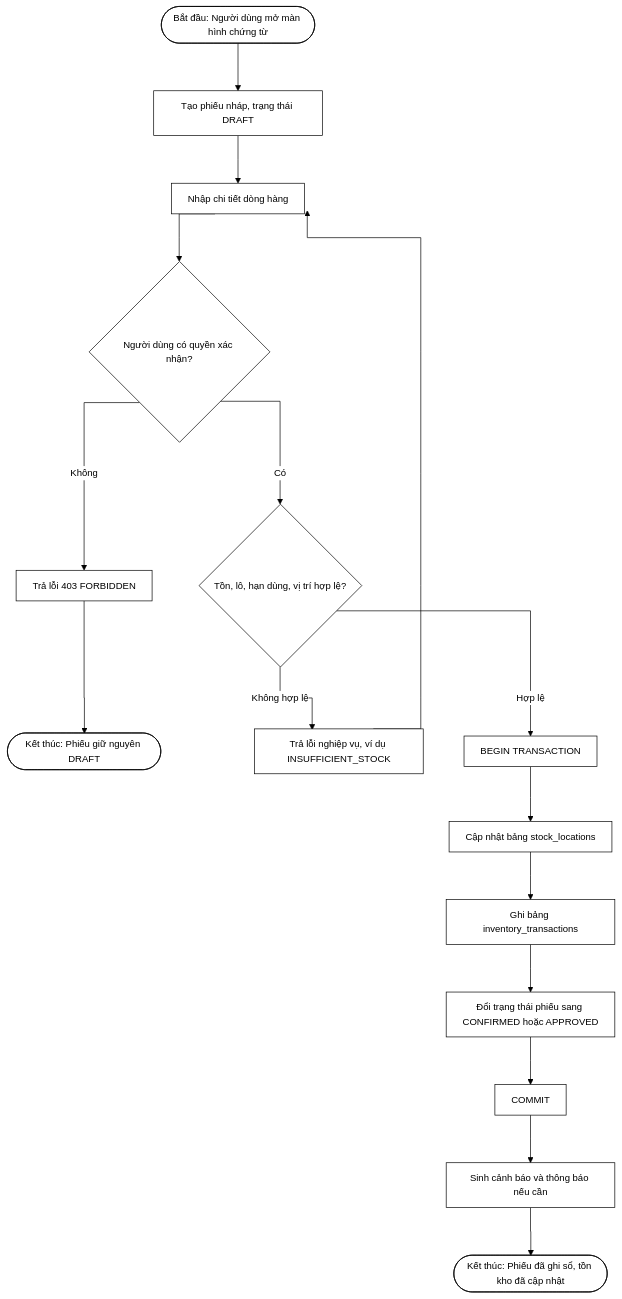
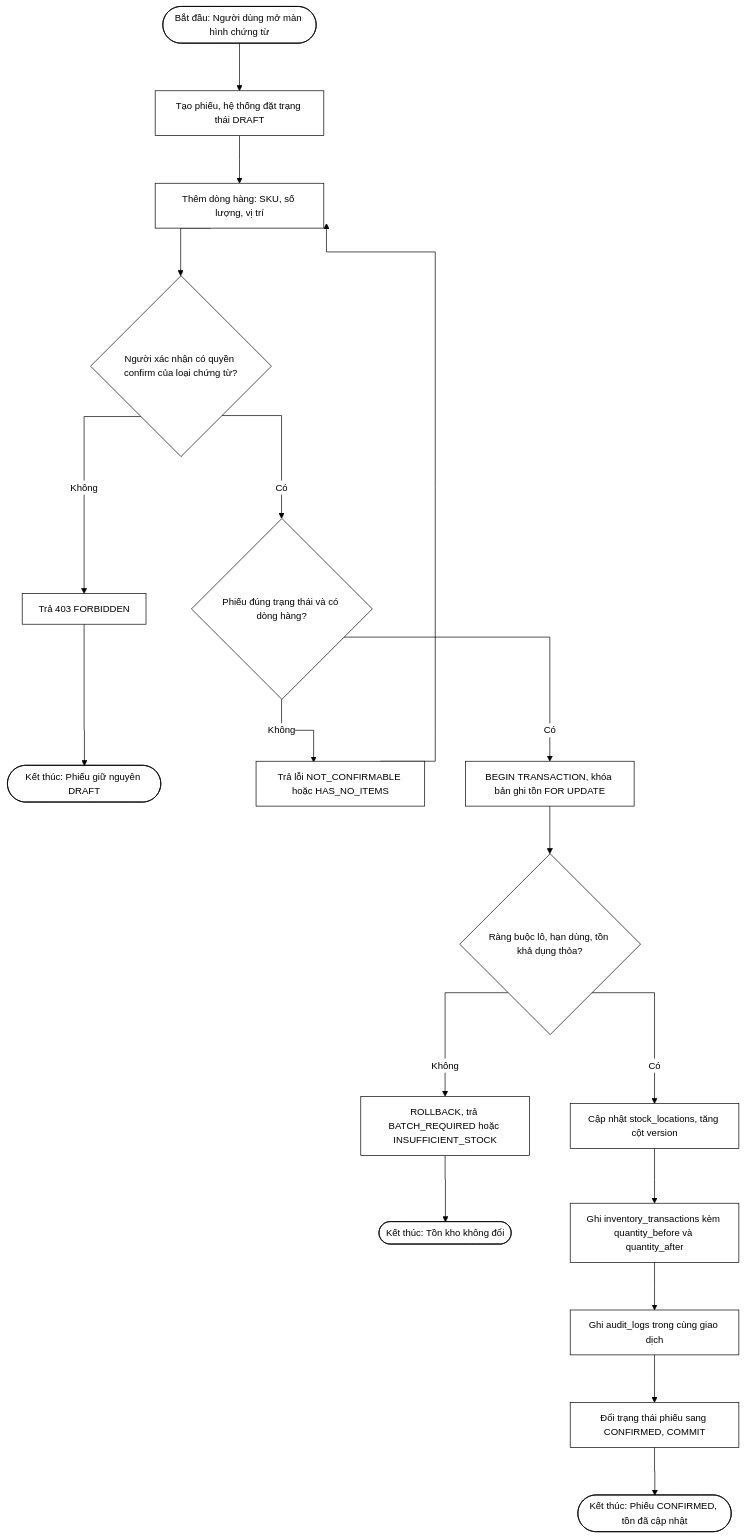
One commit to nguyenthihongnhu-dotcom/luanvan2026 changed the diagram in docs/diagrams/01_2-4-1_quy-trinh-chung-cua-mot-chung-tu-kho_flow.mmd. Above: the diagram before and after it, drawn with Mermaid. The commit also changed 139 other files, not shown here.

Commit message:
new diagram

```diff
--- a/docs/diagrams/01_2-4-1_quy-trinh-chung-cua-mot-chung-tu-kho_flow.mmd
+++ b/docs/diagrams/01_2-4-1_quy-trinh-chung-cua-mot-chung-tu-kho_flow.mmd
@@ -1,39 +1,41 @@
 %%{init: {
   'theme': 'base',
   'themeVariables': {
     'primaryColor': '#ffffff',
     'primaryBorderColor': '#000000',
     'primaryTextColor': '#000000',
     'secondaryColor': '#ffffff',
     'secondaryBorderColor': '#000000',
     'secondaryTextColor': '#000000',
     'tertiaryColor': '#ffffff',
     'tertiaryBorderColor': '#000000',
     'tertiaryTextColor': '#000000',
     'lineColor': '#000000',
     'textColor': '#000000',
     'mainBkg': '#ffffff',
     'nodeBorder': '#000000',
     'clusterBkg': '#ffffff',
     'clusterBorder': '#000000',
     'edgeLabelBackground': '#ffffff',
     'fontSize': '14px'
   },
   'flowchart': { 'curve': 'stepAfter', 'nodeSpacing': 60, 'rankSpacing': 70, 'padding': 12, 'useMaxWidth': false }
 }}%%
 flowchart TD
-    Start(["Bắt đầu: Người dùng mở màn hình chứng từ"]) --> A["Tạo phiếu nháp, trạng thái DRAFT"]
-    A --> B["Nhập chi tiết dòng hàng"]
-    B --> C{"Người dùng có quyền xác nhận?"}
-    C -->|Không| C1["Trả lỗi 403 FORBIDDEN"]
+    Start(["Bắt đầu: Người dùng mở màn hình chứng từ"]) --> A["Tạo phiếu, hệ thống đặt trạng thái DRAFT"]
+    A --> B["Thêm dòng hàng: SKU, số lượng, vị trí"]
+    B --> C{"Người xác nhận có quyền confirm của loại chứng từ?"}
+    C -->|Không| C1["Trả 403 FORBIDDEN"]
     C1 --> End1(["Kết thúc: Phiếu giữ nguyên DRAFT"])
-    C -->|Có| Dq{"Tồn, lô, hạn dùng, vị trí hợp lệ?"}
-    Dq -->|Không hợp lệ| D1["Trả lỗi nghiệp vụ, ví dụ INSUFFICIENT_STOCK"]
+    C -->|Có| Dq{"Phiếu đúng trạng thái và có dòng hàng?"}
+    Dq -->|Không| D1["Trả lỗi NOT_CONFIRMABLE hoặc HAS_NO_ITEMS"]
     D1 --> B
-    Dq -->|Hợp lệ| F["BEGIN TRANSACTION"]
-    F --> G["Cập nhật bảng stock_locations"]
-    G --> H["Ghi bảng inventory_transactions"]
-    H --> I["Đổi trạng thái phiếu sang CONFIRMED hoặc APPROVED"]
-    I --> J["COMMIT"]
-    J --> K["Sinh cảnh báo và thông báo nếu cần"]
-    K --> End2(["Kết thúc: Phiếu đã ghi sổ, tồn kho đã cập nhật"])
+    Dq -->|Có| E["BEGIN TRANSACTION, khóa bản ghi tồn FOR UPDATE"]
+    E --> F{"Ràng buộc lô, hạn dùng, tồn khả dụng thỏa?"}
+    F -->|Không| F1["ROLLBACK, trả BATCH_REQUIRED hoặc INSUFFICIENT_STOCK"]
+    F1 --> End2(["Kết thúc: Tồn kho không đổi"])
+    F -->|Có| G["Cập nhật stock_locations, tăng cột version"]
+    G --> H["Ghi inventory_transactions kèm quantity_before và quantity_after"]
+    H --> I["Ghi audit_logs trong cùng giao dịch"]
+    I --> J["Đổi trạng thái phiếu sang CONFIRMED, COMMIT"]
+    J --> End3(["Kết thúc: Phiếu CONFIRMED, tồn đã cập nhật"])
```
